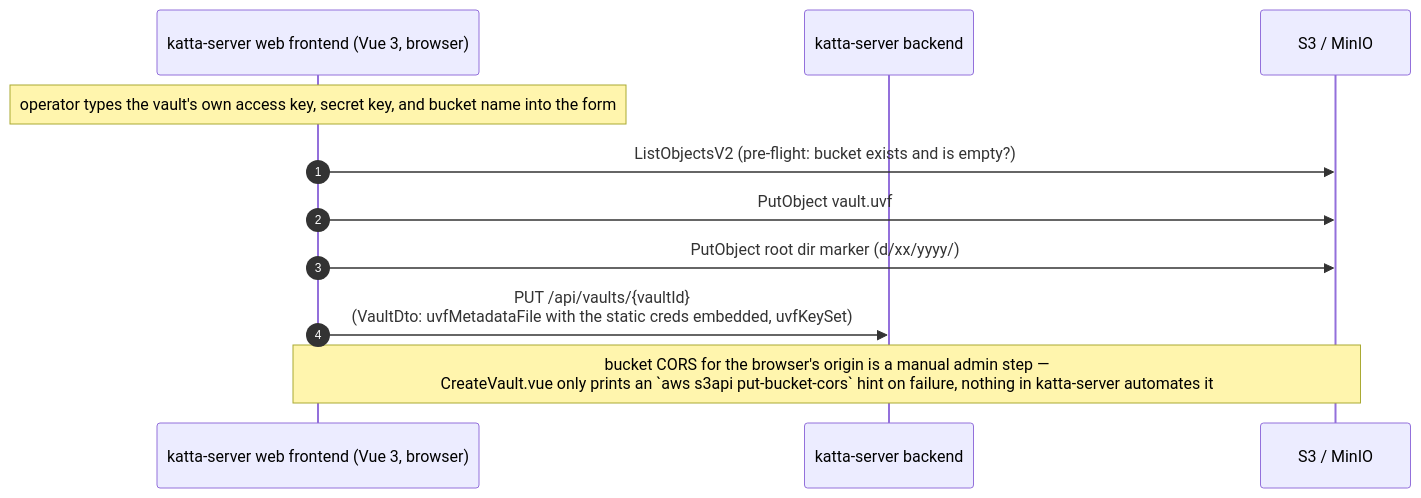
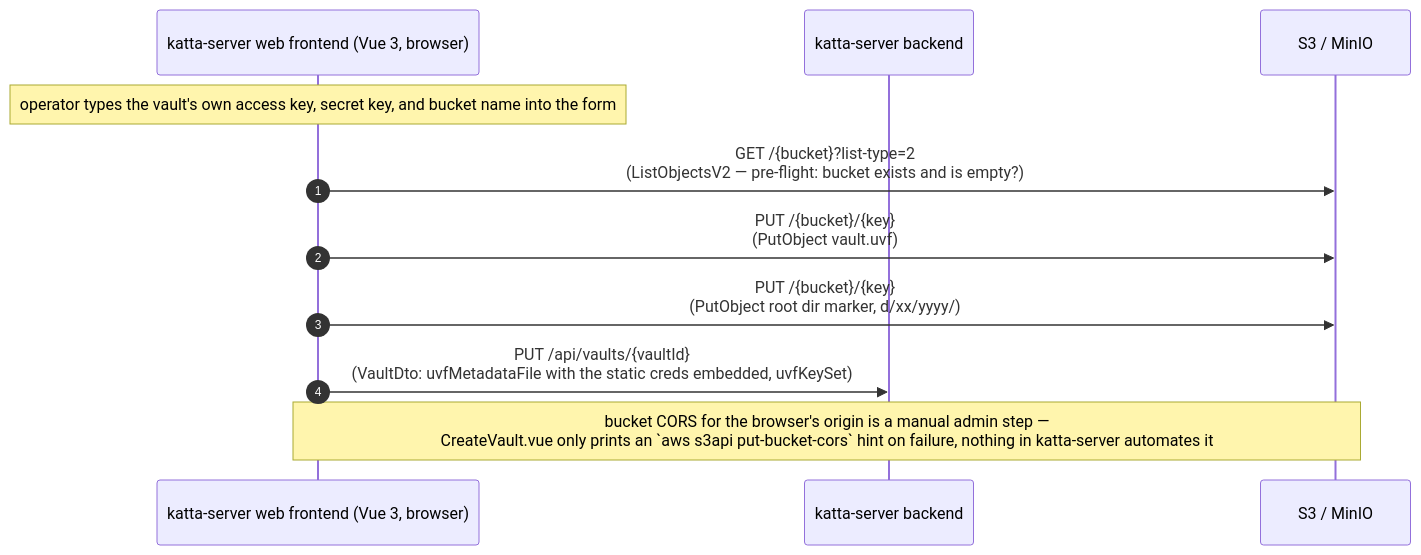
Before and after one commit to shift7-ch/katta-clientlib: the fourth of 6 diagrams in docs/s3_interactions.md, drawn with Mermaid. The commit also changed other lines of this file, not shown here.

First line of the commit message:
Add HTTP verb + REST endpoint labels to s3_interactions.md diagrams

````diff
--- a/docs/s3_interactions.md
+++ b/docs/s3_interactions.md
@@ -135,13 +135,13 @@
 ```mermaid
 sequenceDiagram
     autonumber
     participant Web as katta-server web frontend (Vue 3, browser)
     participant HubBackend as katta-server backend
     participant S3 as S3 / MinIO
     Note over Web: operator types the vault's own access key, secret key, and bucket name into the form
-    Web ->> S3: ListObjectsV2 (pre-flight: bucket exists and is empty?)
-    Web ->> S3: PutObject vault.uvf
-    Web ->> S3: PutObject root dir marker (d/xx/yyyy/)
+    Web ->> S3: GET /{bucket}?list-type=2<br/>(ListObjectsV2 — pre-flight: bucket exists and is empty?)
+    Web ->> S3: PUT /{bucket}/{key}<br/>(PutObject vault.uvf)
+    Web ->> S3: PUT /{bucket}/{key}<br/>(PutObject root dir marker, d/xx/yyyy/)
     Web ->> HubBackend: PUT /api/vaults/{vaultId}<br/>(VaultDto: uvfMetadataFile with the static creds embedded, uvfKeySet)
     Note over Web, S3: bucket CORS for the browser's origin is a manual admin step —<br/>CreateVault.vue only prints an `aws s3api put-bucket-cors` hint on failure, nothing in katta-server automates it
 ```
````
